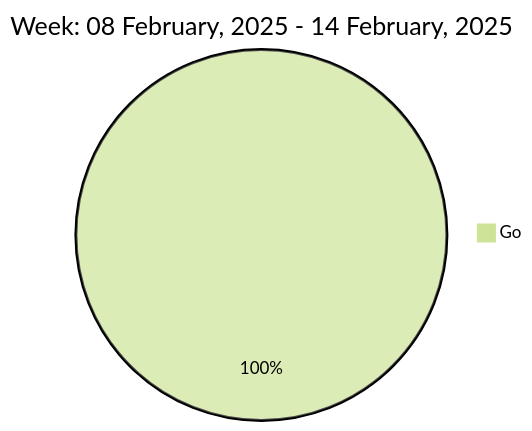
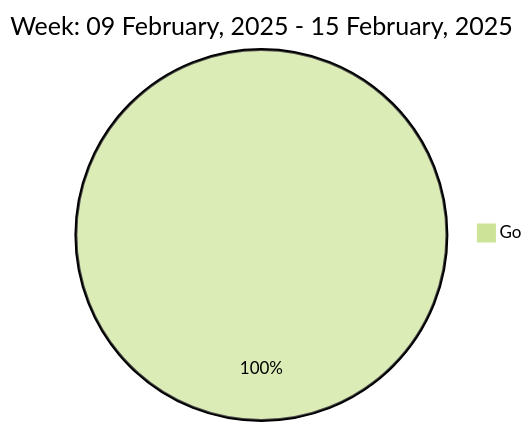
One commit to liubin95/liubin95 changed the diagram in README.md. Above: the diagram before and after it, drawn with Mermaid (forest theme).

Commit message:
Updated the Graph with new Metrics

````diff
--- a/README.md
+++ b/README.md
@@ -37,5 +37,5 @@
 ```mermaid
  pie
-title Week: 08 February, 2025 - 14 February, 2025
- "Go" : 2.78
+title Week: 09 February, 2025 - 15 February, 2025
+ "Go" : 2.42
 ```
````
